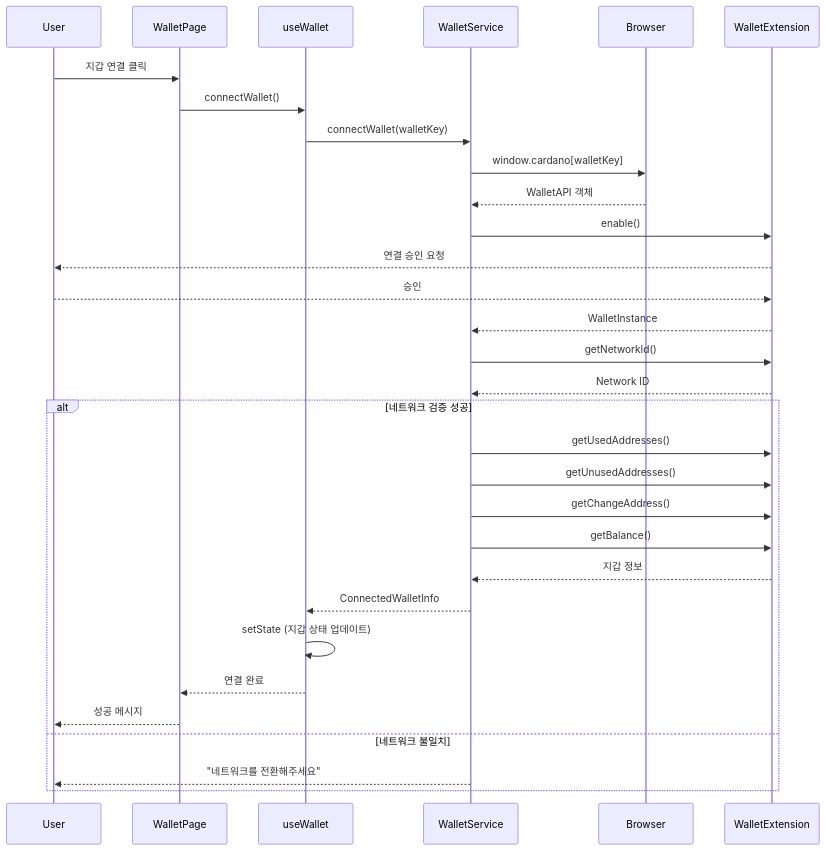
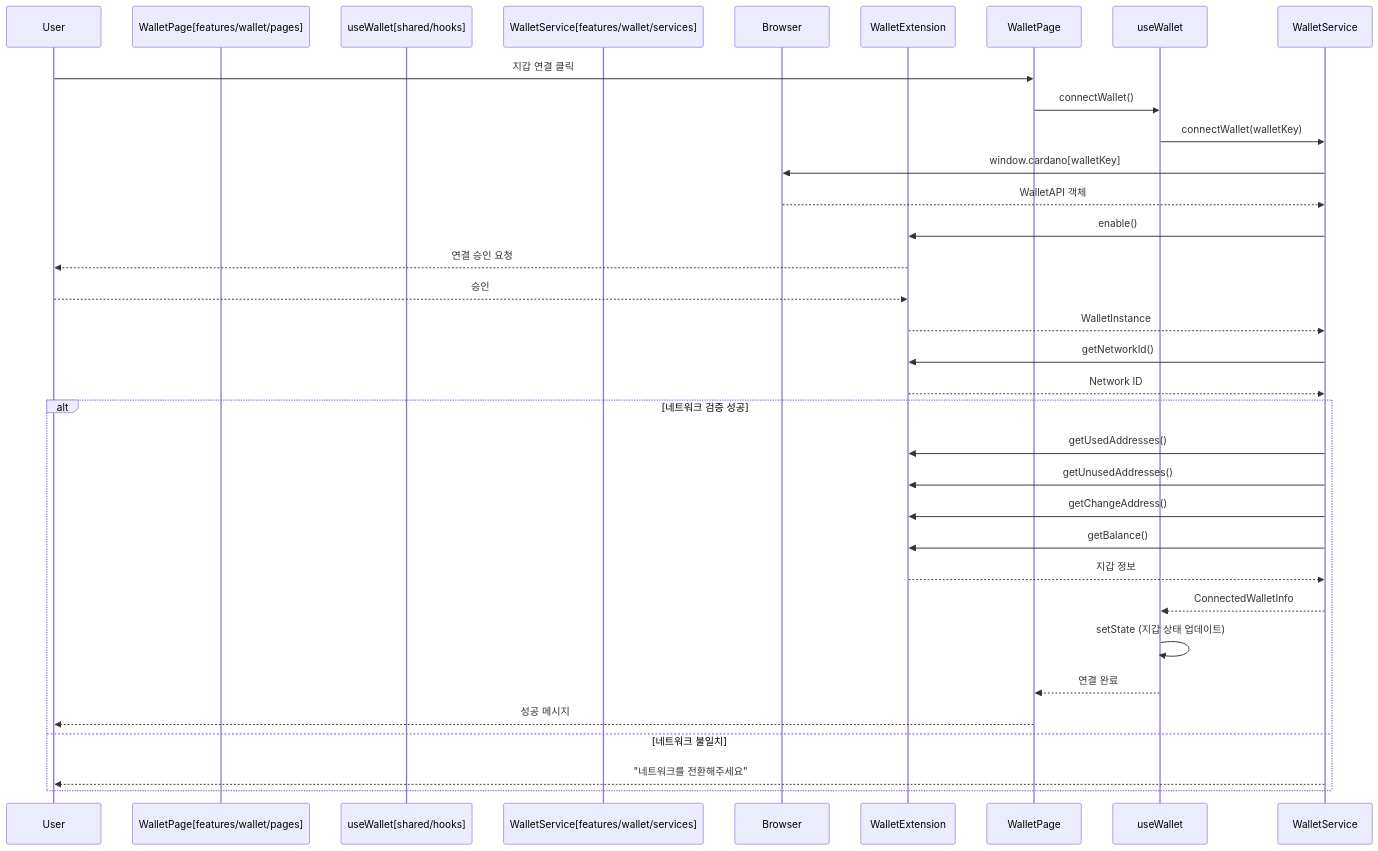
One commit to HyeonHo-Park/cardano-basic-dapp-1 changed the first of 5 diagrams in docs/wallet-sequence.md. Above: the diagram before and after it, drawn with Mermaid. The commit also changed 6 other files, not shown here.

````diff
--- a/docs/wallet-sequence.md
+++ b/docs/wallet-sequence.md
@@ -5,39 +5,39 @@
 ```mermaid
 sequenceDiagram
     participant User
-    participant WalletPage
-    participant useWallet
-    participant WalletService
+    participant WalletPage[features/wallet/pages]
+    participant useWallet[shared/hooks]
+    participant WalletService[features/wallet/services]
     participant Browser
     participant WalletExtension
 
     User->>WalletPage: 지갑 연결 클릭
     WalletPage->>useWallet: connectWallet()
     useWallet->>WalletService: connectWallet(walletKey)
 
     WalletService->>Browser: window.cardano[walletKey]
     Browser-->>WalletService: WalletAPI 객체
 
     WalletService->>WalletExtension: enable()
     WalletExtension-->>User: 연결 승인 요청
     User-->>WalletExtension: 승인
     WalletExtension-->>WalletService: WalletInstance
 
     WalletService->>WalletExtension: getNetworkId()
     WalletExtension-->>WalletService: Network ID
 
     alt 네트워크 검증 성공
         WalletService->>WalletExtension: getUsedAddresses()
         WalletService->>WalletExtension: getUnusedAddresses()
         WalletService->>WalletExtension: getChangeAddress()
         WalletService->>WalletExtension: getBalance()
 
         WalletExtension-->>WalletService: 지갑 정보
         WalletService-->>useWallet: ConnectedWalletInfo
         useWallet->>useWallet: setState (지갑 상태 업데이트)
         useWallet-->>WalletPage: 연결 완료
         WalletPage-->>User: 성공 메시지
     else 네트워크 불일치
         WalletService-->>User: "네트워크를 전환해주세요"
     end
 ```
````
